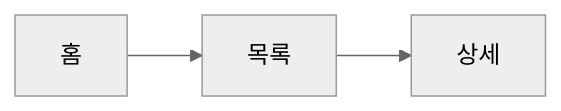
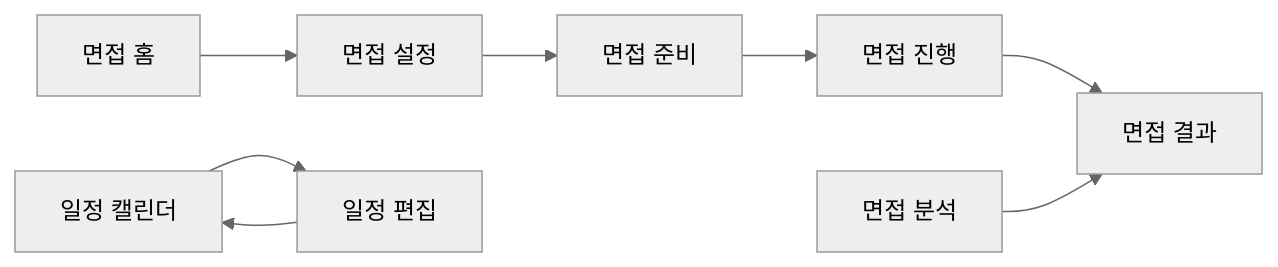
The diagram in docs/ui-design/SITE_MAP.md (znak99/JEC-FirstStepToCareer), drawn with Mermaid (neutral theme) before and after one commit. The commit also changed other lines of this file and 1 other file, not shown here.

````diff
--- a/docs/ui-design/SITE_MAP.md
+++ b/docs/ui-design/SITE_MAP.md
@@ -22,4 +33,6 @@
 ```mermaid
 flowchart LR
-  S01[홈] --> S02[목록] --> S03[상세]
+  S01[면접 홈] --> S02[면접 설정] --> S03[면접 준비] --> S04[면접 진행] --> S05[면접 결과]
+  S06[일정 캘린더] --> S07[일정 편집] --> S06
+  S08[면접 분석] --> S05
 ```
````
